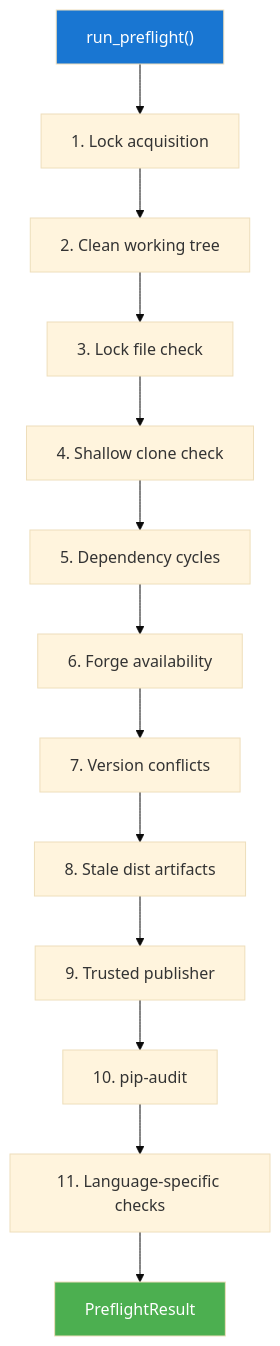
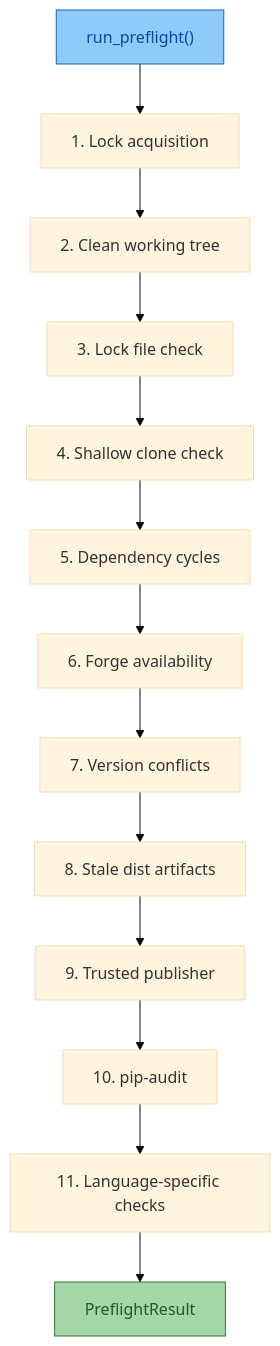
One commit to genkit-ai/genkit-python changed the first of 2 diagrams in tools/releasekit/docs/docs/internals/preflight.md. Above: the diagram before and after it, drawn with Mermaid (base theme). The commit also changed 208 other files, not shown here.

````diff
--- a/tools/releasekit/docs/docs/internals/preflight.md
+++ b/tools/releasekit/docs/docs/internals/preflight.md
@@ -14,24 +14,24 @@
 ```mermaid
 graph TD
     START["run_preflight()"]
     LOCK["1. Lock acquisition"]
     CLEAN["2. Clean working tree"]
     LOCKF["3. Lock file check"]
     SHALLOW["4. Shallow clone check"]
     CYCLE["5. Dependency cycles"]
     FORGE["6. Forge availability"]
     VERSION["7. Version conflicts"]
     DIST["8. Stale dist artifacts"]
     TRUST["9. Trusted publisher"]
     AUDIT["10. pip-audit"]
     LANG["11. Language-specific checks"]
     RESULT["PreflightResult"]
 
     START --> LOCK --> CLEAN --> LOCKF --> SHALLOW
     SHALLOW --> CYCLE --> FORGE --> VERSION
     VERSION --> DIST --> TRUST --> AUDIT --> LANG
     LANG --> RESULT
 
-    style START fill:#1976d2,color:#fff
-    style RESULT fill:#4caf50,color:#fff
+    style START fill:#90caf9,stroke:#1565c0,color:#0d47a1
+    style RESULT fill:#a5d6a7,stroke:#2e7d32,color:#1b5e20
 ```
````
